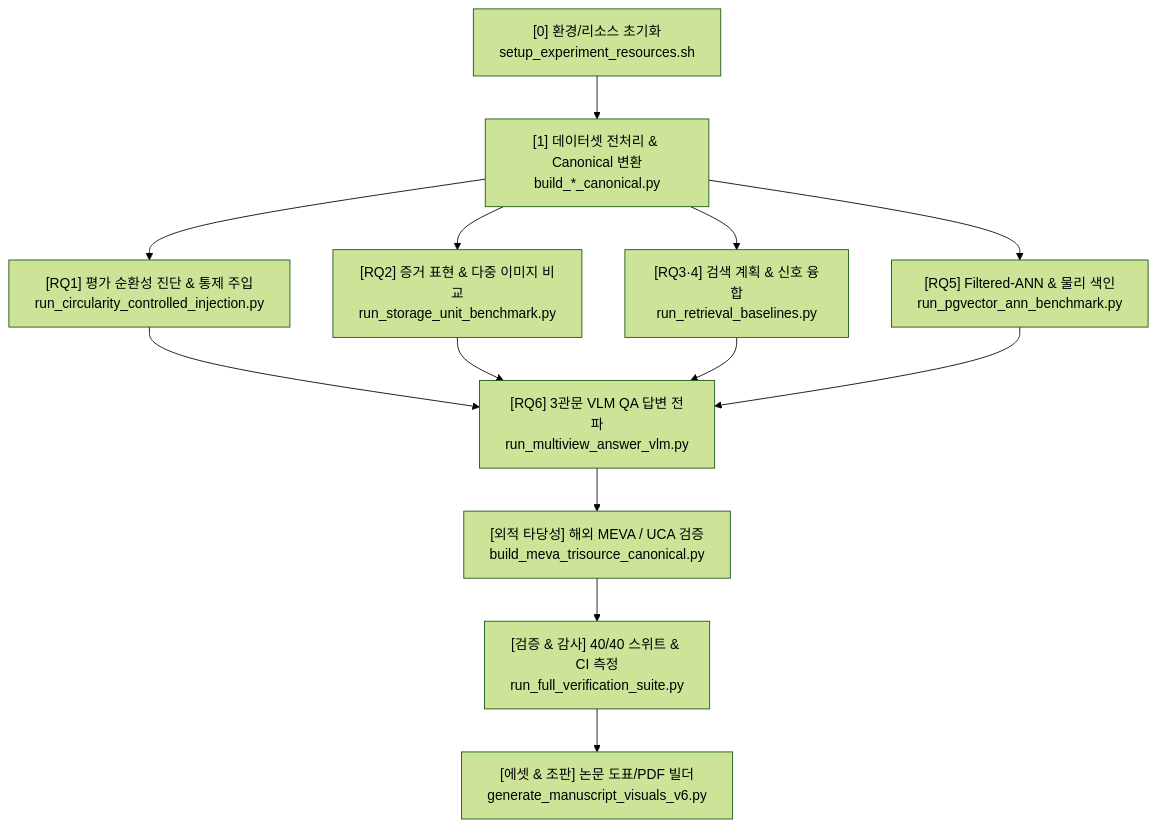
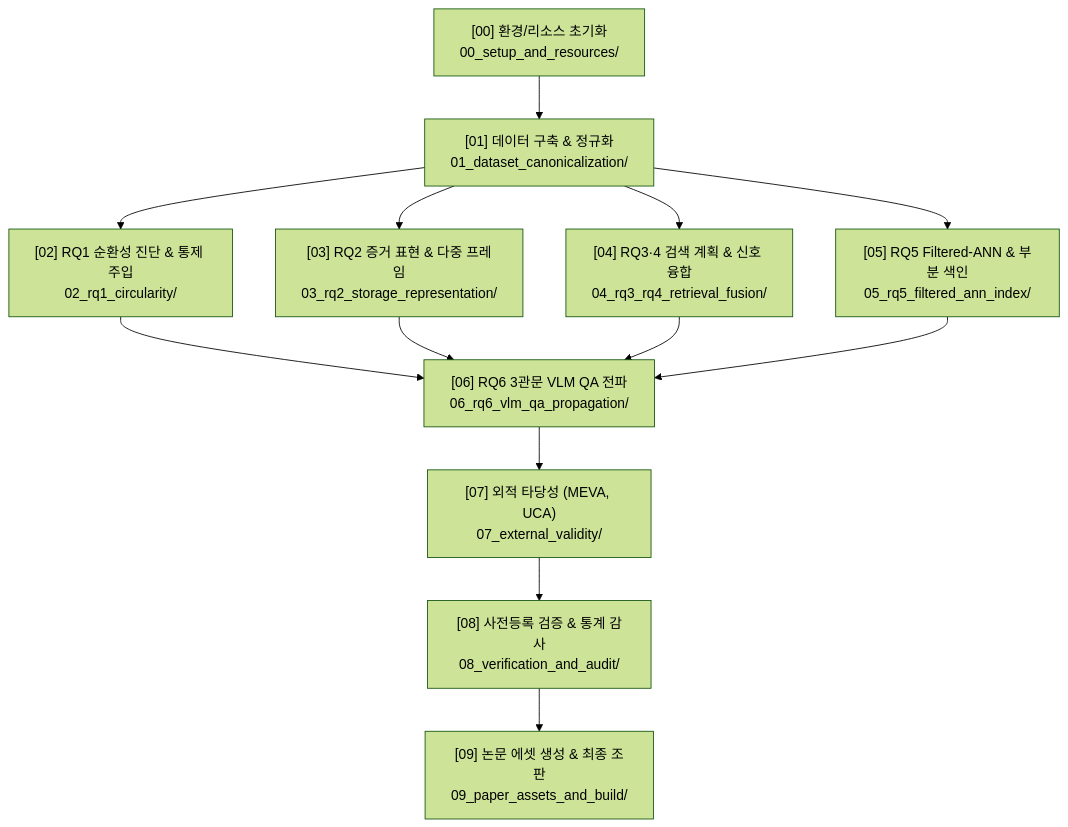
One commit to phantom0119/2026_KIISE_ changed the diagram in 04_scripts/README.md. Above: the diagram before and after it, drawn with Mermaid (forest theme). The commit also changed other lines of this file and 272 other files, not shown here.

````diff
--- a/04_scripts/README.md
+++ b/04_scripts/README.md
@@ -9,12 +11,12 @@
 ```mermaid
 flowchart TD
-    S0["[0] 환경/리소스 초기화<br>setup_experiment_resources.sh"] --> S1["[1] 데이터셋 전처리 & Canonical 변환<br>build_*_canonical.py"]
-    S1 --> RQ1["[RQ1] 평가 순환성 진단 & 통제 주입<br>run_circularity_controlled_injection.py"]
-    S1 --> RQ2["[RQ2] 증거 표현 & 다중 이미지 비교<br>run_storage_unit_benchmark.py"]
-    S1 --> RQ3["[RQ3·4] 검색 계획 & 신호 융합<br>run_retrieval_baselines.py"]
-    S1 --> RQ5["[RQ5] Filtered-ANN & 물리 색인<br>run_pgvector_ann_benchmark.py"]
-    RQ1 & RQ2 & RQ3 & RQ5 --> RQ6["[RQ6] 3관문 VLM QA 답변 전파<br>run_multiview_answer_vlm.py"]
-    RQ6 --> Ext["[외적 타당성] 해외 MEVA / UCA 검증<br>build_meva_trisource_canonical.py"]
-    Ext --> Verify["[검증 & 감사] 40/40 스위트 & CI 측정<br>run_full_verification_suite.py"]
-    Verify --> Assets["[에셋 & 조판] 논문 도표/PDF 빌더<br>generate_manuscript_visuals_v6.py"]
+    S0["[00] 환경/리소스 초기화<br>00_setup_and_resources/"] --> S1["[01] 데이터 구축 & 정규화<br>01_dataset_canonicalization/"]
+    S1 --> RQ1["[02] RQ1 순환성 진단 & 통제 주입<br>02_rq1_circularity/"]
+    S1 --> RQ2["[03] RQ2 증거 표현 & 다중 프레임<br>03_rq2_storage_representation/"]
+    S1 --> RQ3["[04] RQ3·4 검색 계획 & 신호 융합<br>04_rq3_rq4_retrieval_fusion/"]
+    S1 --> RQ5["[05] RQ5 Filtered-ANN & 부분 색인<br>05_rq5_filtered_ann_index/"]
+    RQ1 & RQ2 & RQ3 & RQ5 --> RQ6["[06] RQ6 3관문 VLM QA 전파<br>06_rq6_vlm_qa_propagation/"]
+    RQ6 --> Ext["[07] 외적 타당성 (MEVA, UCA)<br>07_external_validity/"]
+    Ext --> Verify["[08] 사전등록 검증 & 통계 감사<br>08_verification_and_audit/"]
+    Verify --> Assets["[09] 논문 에셋 생성 & 최종 조판<br>09_paper_assets_and_build/"]
 ```
````
